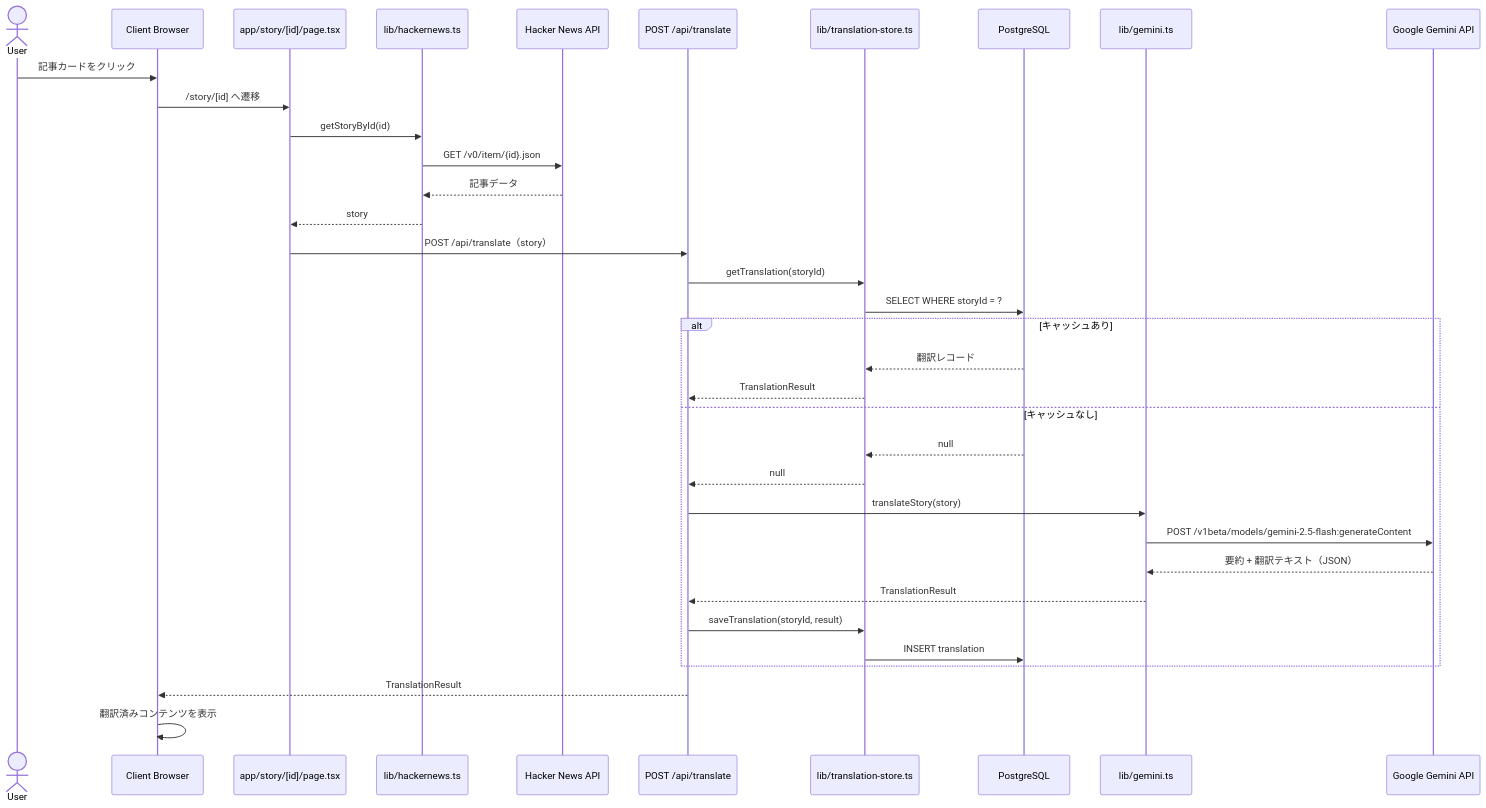
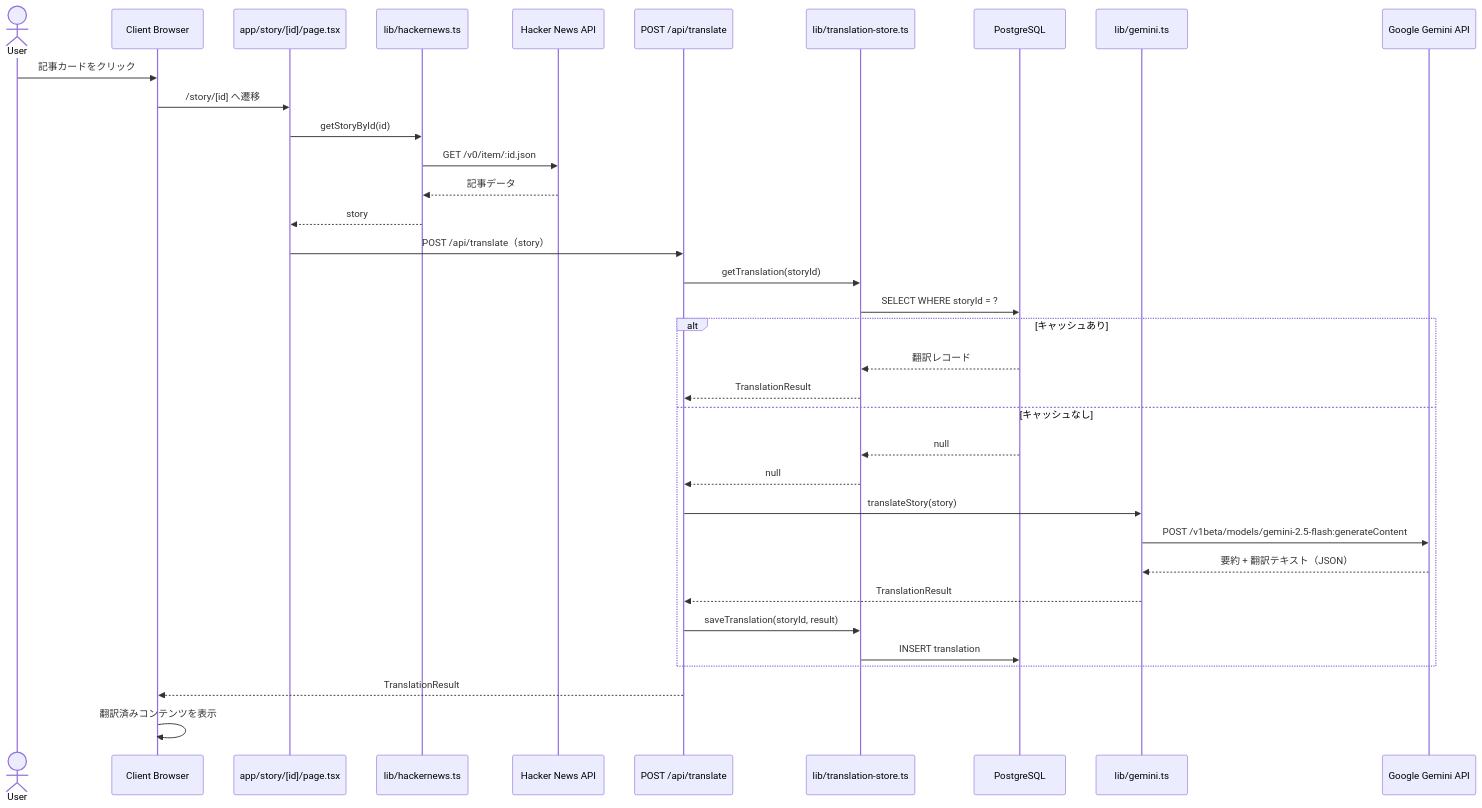
The third of 3 diagrams in doc/architecture.md (Sei-Yukinari/github-copilot-boilerplate), drawn with Mermaid before and after one commit. The commit also changed other lines of this file, not shown here.

Commit message:
fix: update API endpoint syntax in architecture documentation

````diff
--- a/doc/architecture.md
+++ b/doc/architecture.md
@@ -145,38 +145,38 @@
 ```mermaid
 sequenceDiagram
     actor User
     participant Browser as Client Browser
     participant DetailPage as app/story/[id]/page.tsx
     participant HNLib as lib/hackernews.ts
     participant HNAPI as Hacker News API
     participant TranslateAPI as POST /api/translate
     participant Store as lib/translation-store.ts
     participant DB as PostgreSQL
     participant Gemini as lib/gemini.ts
     participant GeminiAPI as Google Gemini API
 
     User->>Browser: 記事カードをクリック
     Browser->>DetailPage: /story/[id] へ遷移
     DetailPage->>HNLib: getStoryById(id)
-    HNLib->>HNAPI: GET /v0/item/{id}.json
+    HNLib->>HNAPI: GET /v0/item/:id.json
     HNAPI-->>HNLib: 記事データ
     HNLib-->>DetailPage: story
     DetailPage->>TranslateAPI: POST /api/translate（story）
     TranslateAPI->>Store: getTranslation(storyId)
     Store->>DB: SELECT WHERE storyId = ?
     alt キャッシュあり
         DB-->>Store: 翻訳レコード
         Store-->>TranslateAPI: TranslationResult
     else キャッシュなし
         DB-->>Store: null
         Store-->>TranslateAPI: null
         TranslateAPI->>Gemini: translateStory(story)
         Gemini->>GeminiAPI: POST /v1beta/models/gemini-2.5-flash:generateContent
         GeminiAPI-->>Gemini: 要約 + 翻訳テキスト（JSON）
         Gemini-->>TranslateAPI: TranslationResult
         TranslateAPI->>Store: saveTranslation(storyId, result)
         Store->>DB: INSERT translation
     end
     TranslateAPI-->>Browser: TranslationResult
     Browser->>Browser: 翻訳済みコンテンツを表示
 ```
````
